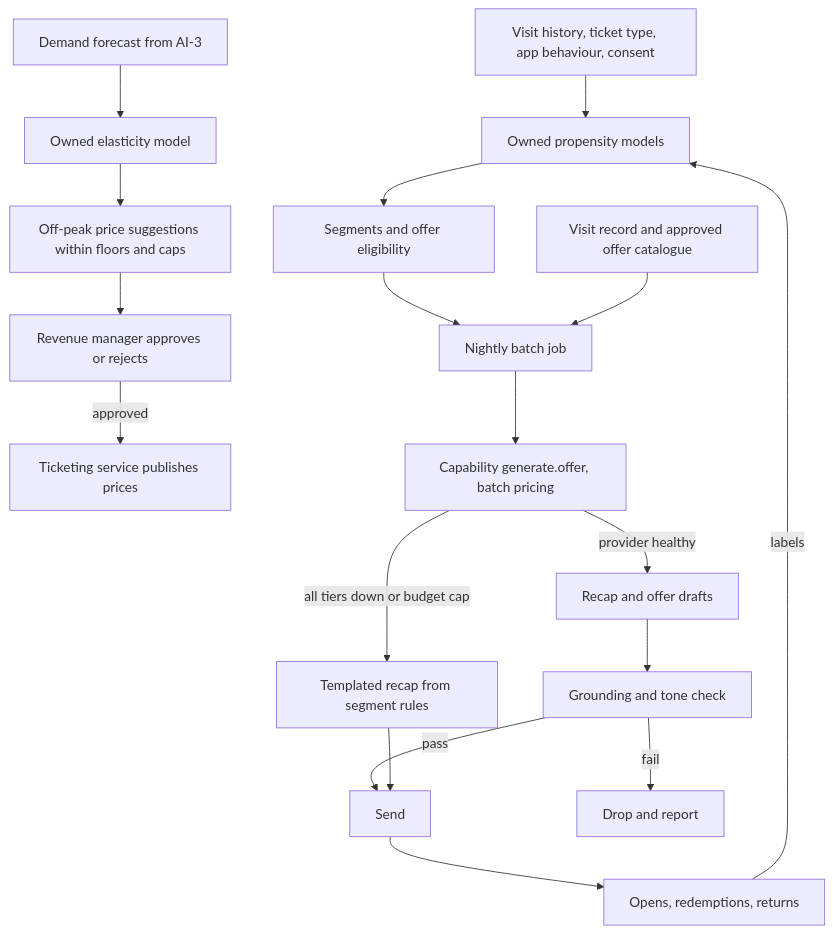
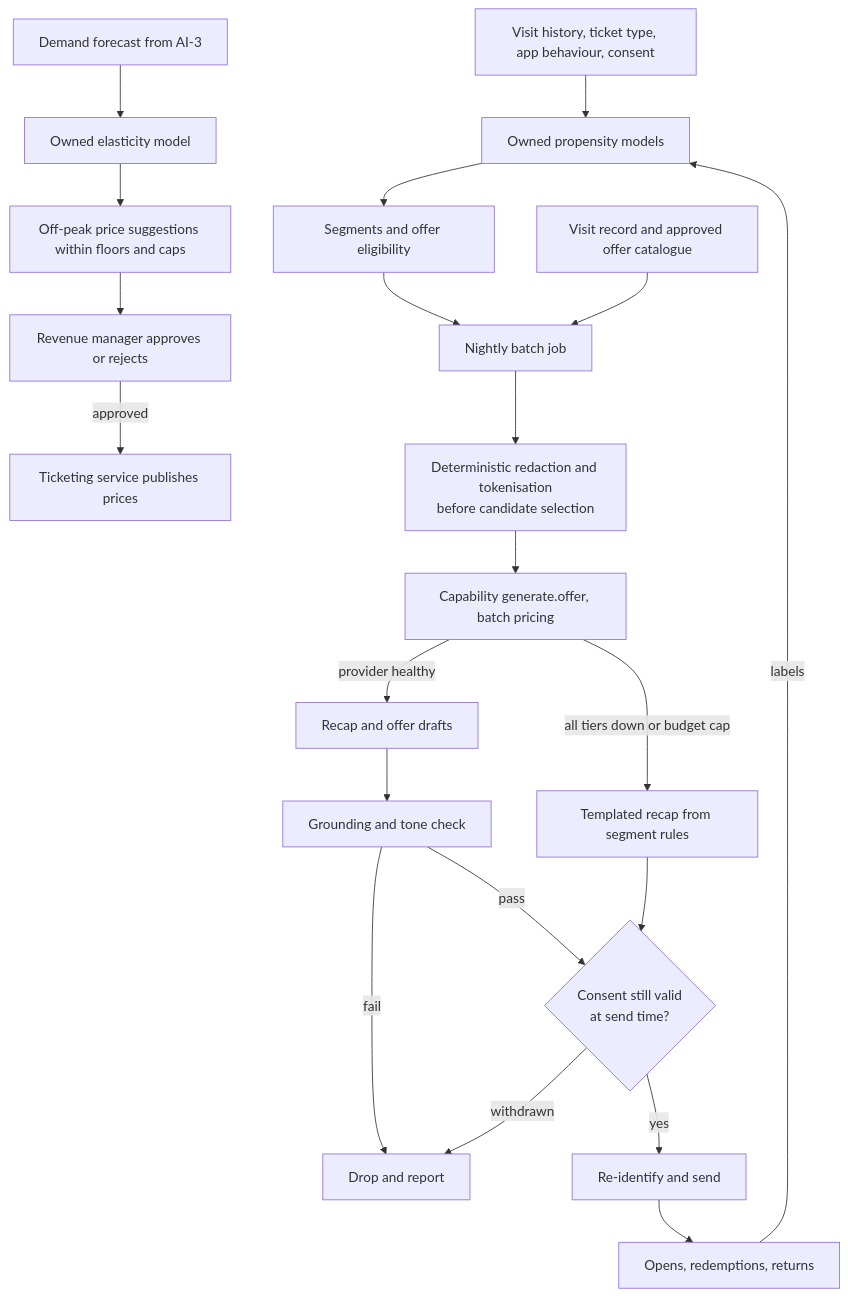
One commit to works-on-my-whiteboard/ai-architectural-katas-2026 changed the diagram in docs/ai/ai-05-retention-and-revenue.md. Above: the diagram before and after it, drawn with Mermaid. The commit also changed other lines of this file and 54 other files, not shown here.

````diff
--- a/docs/ai/ai-05-retention-and-revenue.md
+++ b/docs/ai/ai-05-retention-and-revenue.md
@@ -17,20 +19,23 @@
 ```mermaid
 flowchart TB
   VH["Visit history, ticket type, app behaviour, consent"] --> PM["Owned propensity models"]
   FC["Demand forecast from AI-3"] --> EL["Owned elasticity model"]
   EL --> PR["Off-peak price suggestions within floors and caps"]
   PR --> RM["Revenue manager approves or rejects"]
   RM -->|"approved"| TK["Ticketing service publishes prices"]
   PM --> SEG["Segments and offer eligibility"]
   SEG --> BATCH["Nightly batch job"]
   VR["Visit record and approved offer catalogue"] --> BATCH
-  BATCH --> GWY["Capability generate.offer, batch pricing"]
+  BATCH --> RED["Deterministic redaction and tokenisation<br/>before candidate selection"]
+  RED --> GWY["Capability generate.offer, batch pricing"]
   GWY -->|"provider healthy"| MSG["Recap and offer drafts"]
   GWY -->|"all tiers down or budget cap"| TPL["Templated recap from segment rules"]
   MSG --> CHK["Grounding and tone check"]
-  CHK -->|"pass"| SEND["Send"]
+  CHK -->|"pass"| CONSENT{"Consent still valid<br/>at send time?"}
   CHK -->|"fail"| DROP["Drop and report"]
-  TPL --> SEND
+  TPL --> CONSENT
+  CONSENT -->|"yes"| SEND["Re-identify and send"]
+  CONSENT -->|"withdrawn"| DROP
   SEND --> OUT["Opens, redemptions, returns"]
   OUT -->|"labels"| PM
 ```
````
